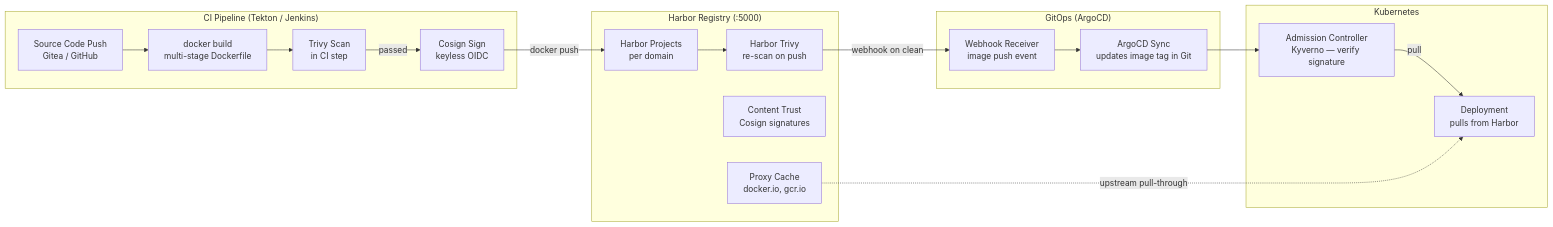
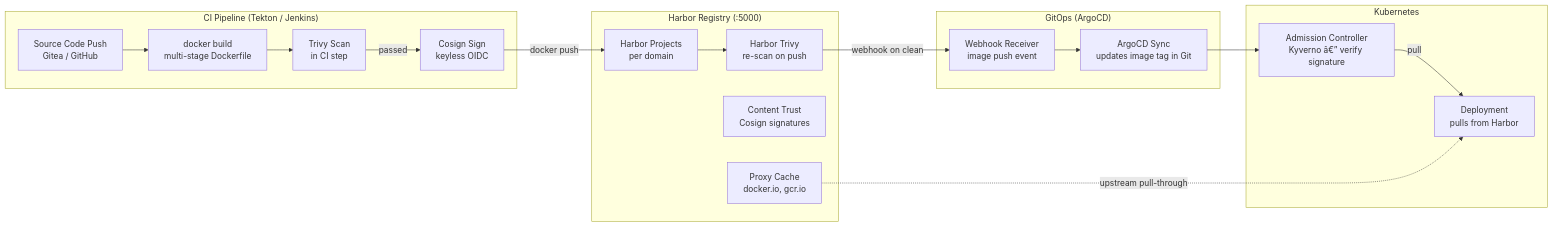
One commit to prabhat-roy/ShopOS changed the diagram in helm/infra/registry/harbor/README.md. Above: the diagram before and after it, drawn with Mermaid. The commit also changed other lines of this file and 403 other files, not shown here.

````diff
--- a/helm/infra/registry/harbor/README.md
+++ b/helm/infra/registry/harbor/README.md
@@ -22,37 +22,37 @@
 ```mermaid
 flowchart LR
     subgraph CI["CI Pipeline (Tekton / Jenkins)"]
         SRC[Source Code Push<br/>Gitea / GitHub]
         BLD[docker build<br/>multi-stage Dockerfile]
         SCAN[Trivy Scan<br/>in CI step]
         SIGN[Cosign Sign<br/>keyless OIDC]
     end
 
     subgraph Harbor["Harbor Registry (:5000)"]
         PROJ[Harbor Projects<br/>per domain]
         TRIVY[Harbor Trivy<br/>re-scan on push]
         TRUST[Content Trust<br/>Cosign signatures]
         CACHE[Proxy Cache<br/>docker.io, gcr.io]
     end
 
     subgraph GitOps["GitOps (ArgoCD)"]
         WH[Webhook Receiver<br/>image push event]
         SYNC[ArgoCD Sync<br/>updates image tag in Git]
     end
 
     subgraph K8s["Kubernetes"]
-        ADM[Admission Controller<br/>Kyverno — verify signature]
+        ADM[Admission Controller<br/>Kyverno â€” verify signature]
         DEP[Deployment<br/>pulls from Harbor]
     end
 
     SRC --> BLD
     BLD --> SCAN
     SCAN -->|passed| SIGN
     SIGN -->|docker push| PROJ
     PROJ --> TRIVY
     TRIVY -->|webhook on clean| WH
     WH --> SYNC
     SYNC --> ADM
     ADM -->|pull| DEP
     CACHE -.->|upstream pull-through| DEP
 ```
````
